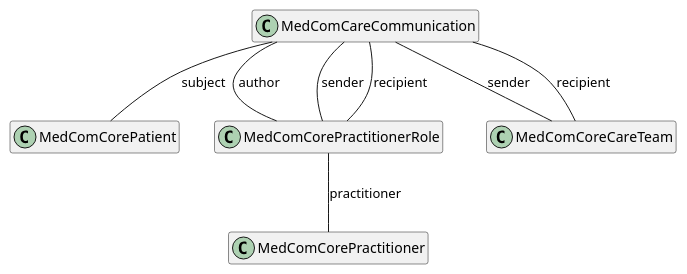
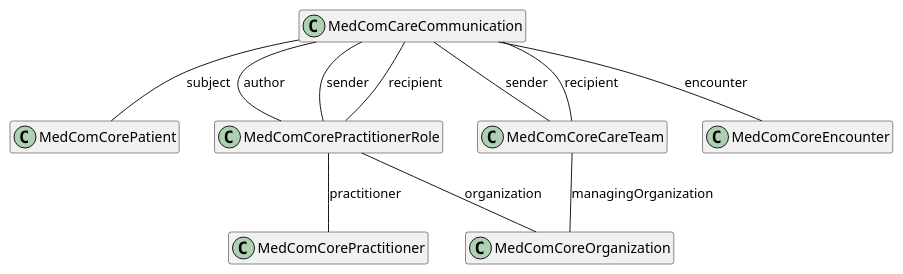
Before and after one commit to medcomdk/dk-medcom-carecommunication: the diagram in puml/CareCommunicationCommunication.puml, drawn with PlantUML. The commit also changed 26 other files, not shown here.

```diff
--- a/puml/CareCommunicationCommunication.puml
+++ b/puml/CareCommunicationCommunication.puml
@@ -1,21 +1,26 @@
 @startuml CareCommunicationCommunication
 
 hide empty members
 
 class "MedComCareCommunication" as communication
 class "MedComCorePatient" as patient
 class "MedComCorePractitionerRole" as pracRole
 class "MedComCoreCareTeam" as careteam
 class "MedComCorePractitioner" as author
+class "MedComCoreEncounter" as encounter
+class "MedComCoreOrganization" as organization
 
 
 
+communication -- encounter : "encounter"
 communication -- patient : "subject"
 communication -- pracRole : "author"
 communication -- careteam : "sender"
 communication -- careteam : "recipient"
 communication -- pracRole : "sender"
 communication -- pracRole : "recipient"
 pracRole -- author : "practitioner"
+pracRole -- organization : "organization"
+careteam -- organization : "managingOrganization"
 
 @enduml
```
